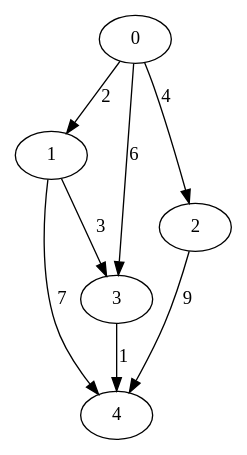
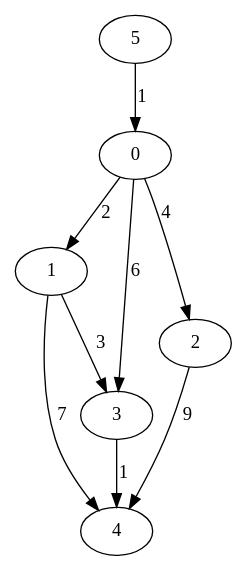
One commit to gresendesa/pathfinding changed the diagram in g1.dot. Above: the diagram before and after it, drawn with Graphviz. The commit also changed 2 other files, not shown here.

```diff
--- a/g1.dot
+++ b/g1.dot
@@ -1,9 +1,10 @@
 digraph g {
 	0 -> 1 [label=2];
 	0 -> 2 [label=4];
 	0 -> 3 [label=6];
 	1 -> 3 [label=3];
 	1 -> 4 [label=7];
 	2 -> 4 [label=9];
 	3 -> 4 [label=1];
+	5 -> 0 [label=1];
 }
```
